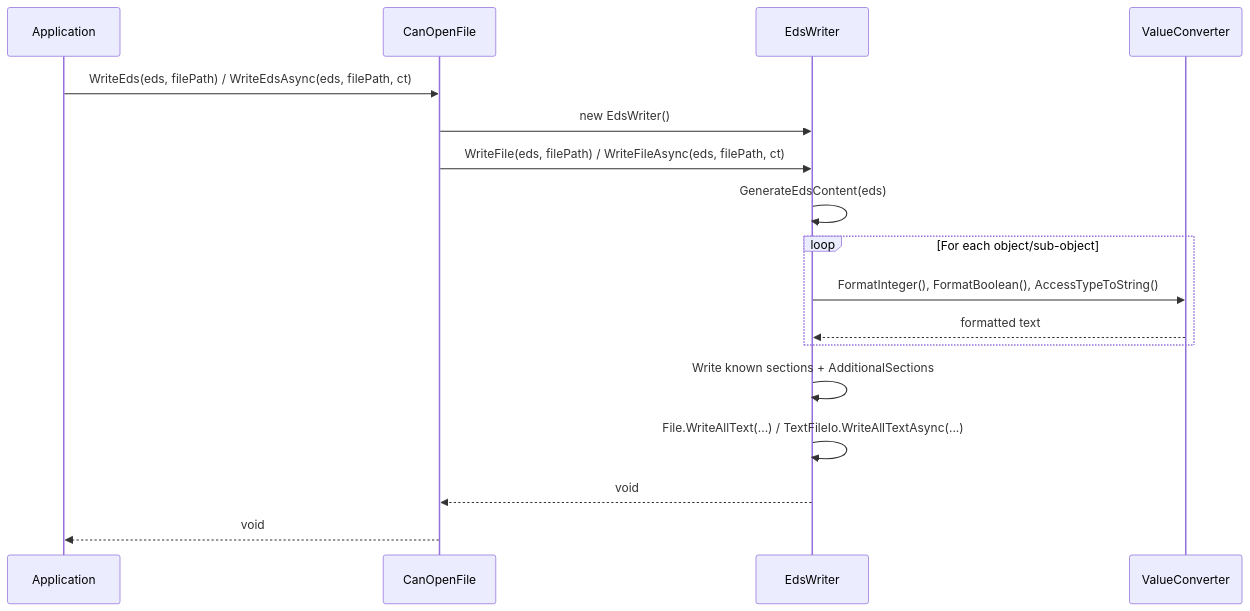
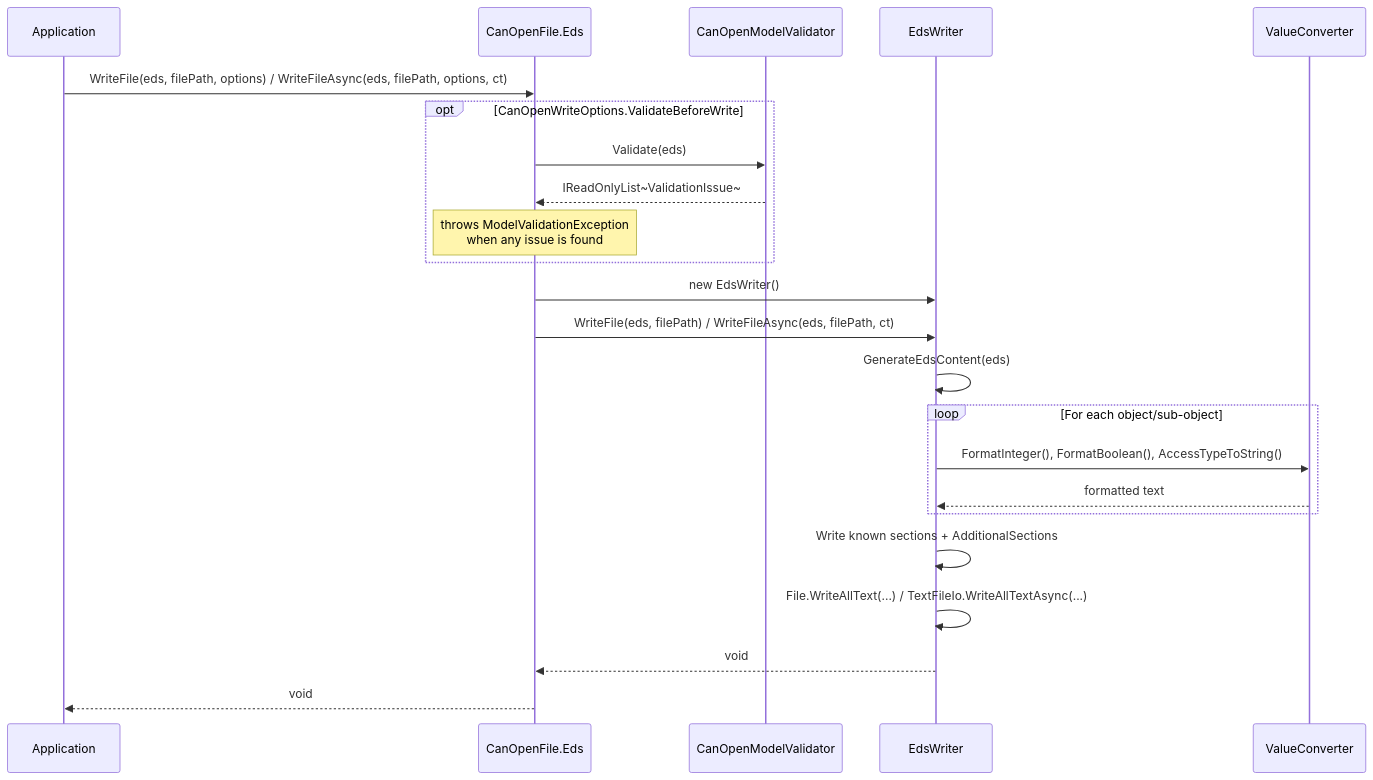
One commit to dborgards/eds-dcf-net changed the fourth of 9 diagrams in docs/architecture/06-runtime-view.md. Above: the diagram before and after it, drawn with Mermaid. The commit also changed other lines of this file and 7 other files, not shown here.

First line of the commit message:
docs: align architecture docs, remarks, examples, README with 1.13 surface (#547) (#552)

````diff
--- a/docs/architecture/06-runtime-view.md
+++ b/docs/architecture/06-runtime-view.md
@@ -53,22 +85,28 @@
 ```mermaid
 sequenceDiagram
     participant App as Application
-    participant CF as CanOpenFile
+    participant CF as CanOpenFile.Eds
+    participant V as CanOpenModelValidator
     participant EW as EdsWriter
     participant VC as ValueConverter
 
-    App->>CF: WriteEds(eds, filePath) / WriteEdsAsync(eds, filePath, ct)
+    App->>CF: WriteFile(eds, filePath, options) / WriteFileAsync(eds, filePath, options, ct)
+    opt CanOpenWriteOptions.ValidateBeforeWrite
+        CF->>V: Validate(eds)
+        V-->>CF: IReadOnlyList~ValidationIssue~
+        note over CF: throws ModelValidationException<br/>when any issue is found
+    end
     CF->>EW: new EdsWriter()
     CF->>EW: WriteFile(eds, filePath) / WriteFileAsync(eds, filePath, ct)
     EW->>EW: GenerateEdsContent(eds)
 
     loop For each object/sub-object
         EW->>VC: FormatInteger(), FormatBoolean(), AccessTypeToString()
         VC-->>EW: formatted text
     end
 
     EW->>EW: Write known sections + AdditionalSections
     EW->>EW: File.WriteAllText(...) / TextFileIo.WriteAllTextAsync(...)
     EW-->>CF: void
     CF-->>App: void
 ```
````
